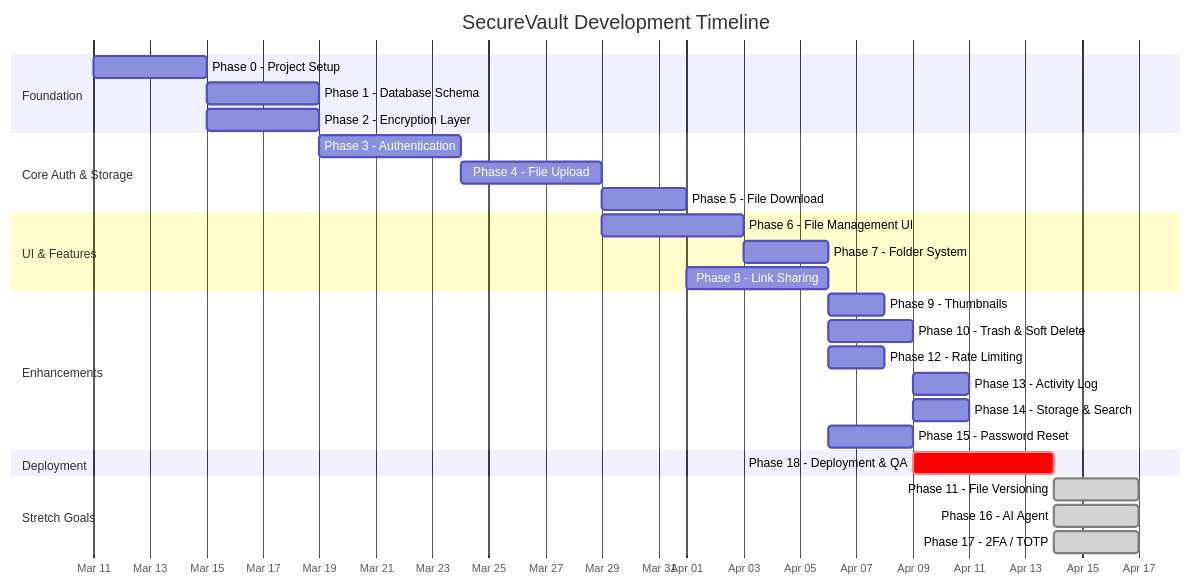
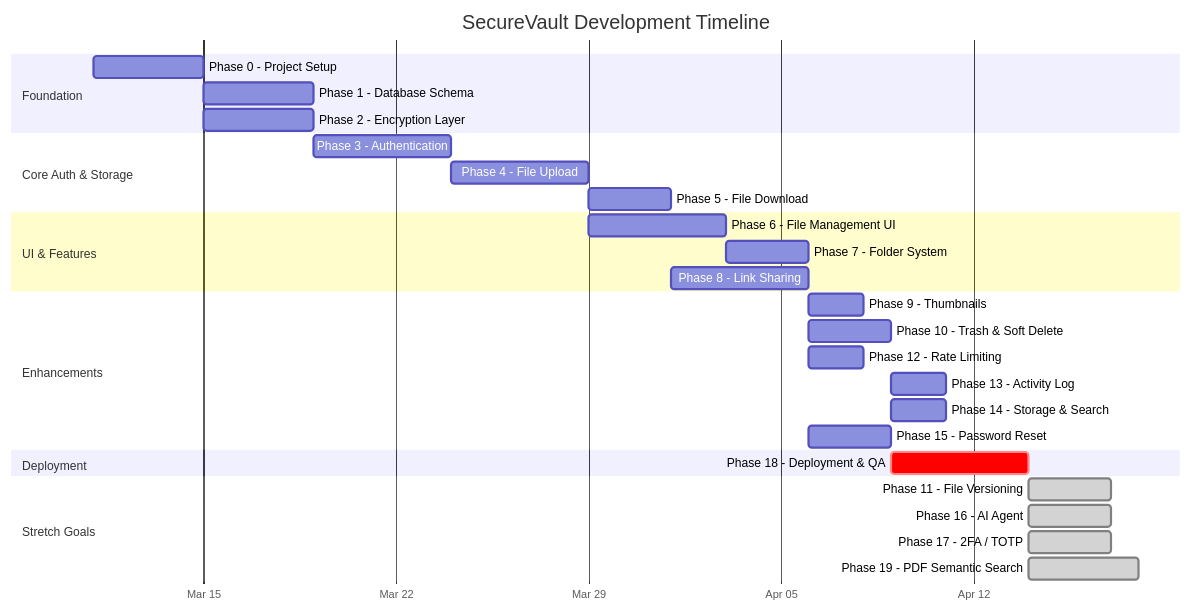
The diagram in docs/05-github-issues-timeline.md (MariaDB-Hackathon-MY-2026/securevault), drawn with Mermaid before and after one commit. The commit also changed other lines of this file and 16 other files, not shown here.

First line of the commit message:
Add PDF semantic indexing docs

````diff
--- a/docs/05-github-issues-timeline.md
+++ b/docs/05-github-issues-timeline.md
@@ -10,37 +10,38 @@
 ```mermaid
 gantt
     title SecureVault Development Timeline
     dateFormat  YYYY-MM-DD
     axisFormat  %b %d
 
     section Foundation
     Phase 0 - Project Setup        :p0, 2026-03-11, 4d
     Phase 1 - Database Schema      :p1, 2026-03-15, 4d
     Phase 2 - Encryption Layer     :p2, 2026-03-15, 4d
 
     section Core Auth & Storage
     Phase 3 - Authentication       :p3, after p1, 5d
     Phase 4 - File Upload          :p4, after p3, 5d
     Phase 5 - File Download        :p5, after p4, 3d
 
     section UI & Features
     Phase 6 - File Management UI   :p6, after p4, 5d
     Phase 7 - Folder System        :p7, after p6, 3d
     Phase 8 - Link Sharing         :p8, after p5, 5d
 
     section Enhancements
     Phase 9 - Thumbnails           :p9, after p7, 2d
     Phase 10 - Trash & Soft Delete :p10, after p7, 3d
     Phase 12 - Rate Limiting       :p12, after p8, 2d
     Phase 13 - Activity Log        :p13, after p10, 2d
     Phase 14 - Storage & Search    :p14, after p10, 2d
     Phase 15 - Password Reset      :p15, after p8, 3d
 
     section Deployment
     Phase 18 - Deployment & QA     :crit, p18, after p15, 5d
 
     section Stretch Goals
     Phase 11 - File Versioning     :done, s1, after p18, 3d
     Phase 16 - AI Agent            :done, s2, after p18, 3d
     Phase 17 - 2FA / TOTP          :done, s3, after p18, 3d
+    Phase 19 - PDF Semantic Search :done, s4, after p18, 4d
 ```
````
